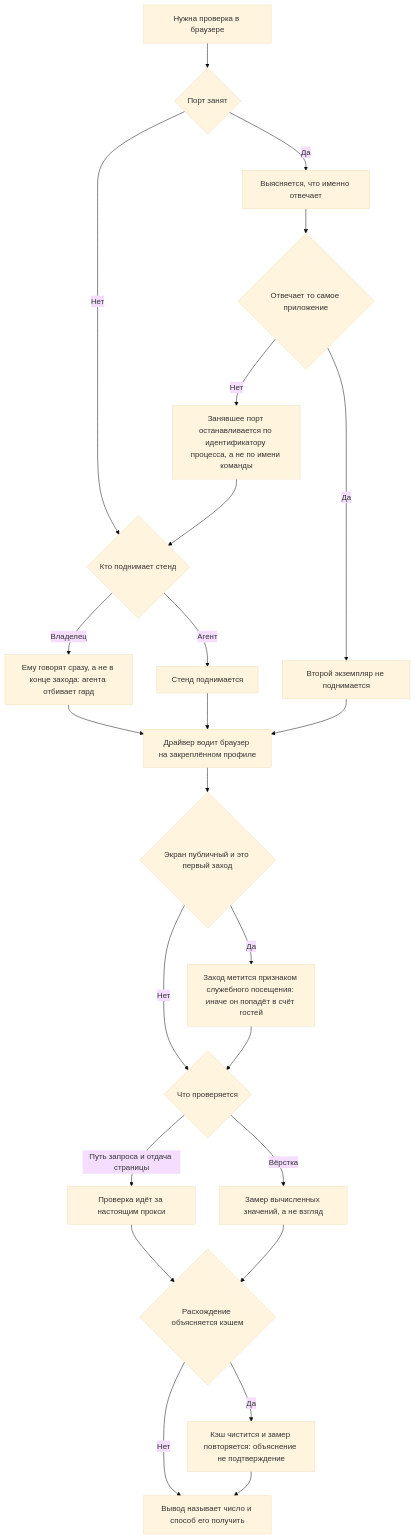
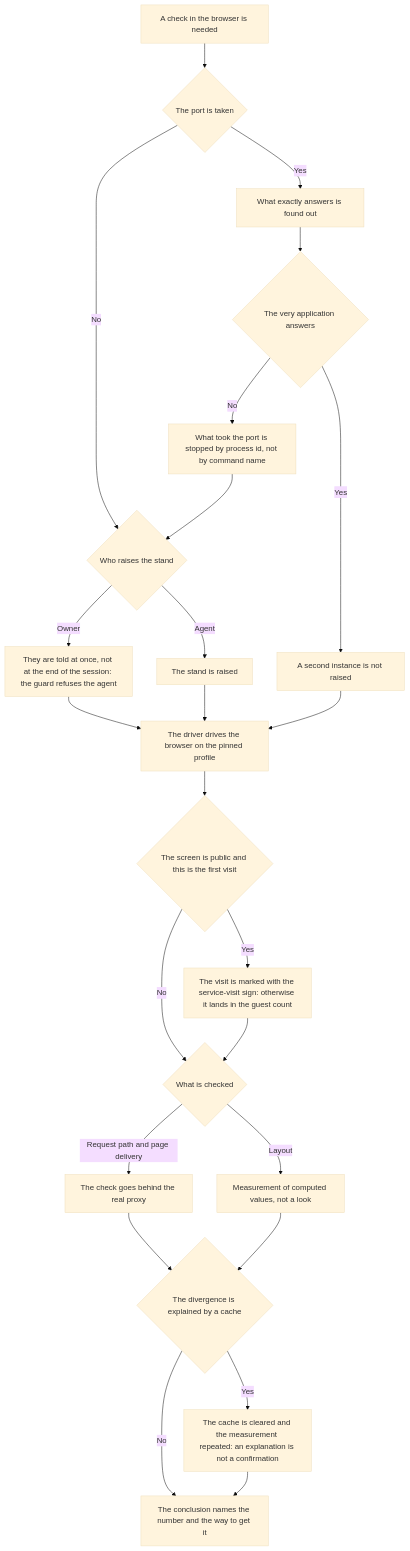
The diagram in .claude/skills/browser-verification/SKILL.md (Eyhenij/rt-tools), drawn with Mermaid (base theme) before and after one commit. The commit also changed other lines of this file and 71 other files, not shown here.

````diff
--- a/.claude/skills/browser-verification/SKILL.md
+++ b/.claude/skills/browser-verification/SKILL.md
@@ -35,26 +35,26 @@
 ```mermaid
 flowchart TD
-    A[Нужна проверка в браузере] --> B{Порт занят}
-    B -->|Да| C[Выясняется, что именно отвечает]
-    B -->|Нет| D{Кто поднимает стенд}
-    C --> E{Отвечает то самое приложение}
-    E -->|Да| F[Второй экземпляр не поднимается]
-    E -->|Нет| T[Занявшее порт останавливается по идентификатору процесса, а не по имени команды]
+    A[A check in the browser is needed] --> B{The port is taken}
+    B -->|Yes| C[What exactly answers is found out]
+    B -->|No| D{Who raises the stand}
+    C --> E{The very application answers}
+    E -->|Yes| F[A second instance is not raised]
+    E -->|No| T[What took the port is stopped by process id, not by command name]
     T --> D
-    D -->|Владелец| U[Ему говорят сразу, а не в конце захода: агента отбивает гард]
-    D -->|Агент| V[Стенд поднимается]
-    U --> G[Драйвер водит браузер на закреплённом профиле]
+    D -->|Owner| U[They are told at once, not at the end of the session: the guard refuses the agent]
+    D -->|Agent| V[The stand is raised]
+    U --> G[The driver drives the browser on the pinned profile]
     V --> G
     F --> G
-    G --> W{Экран публичный и это первый заход}
-    W -->|Да| X[Заход метится признаком служебного посещения: иначе он попадёт в счёт гостей]
-    W -->|Нет| H{Что проверяется}
+    G --> W{The screen is public and this is the first visit}
+    W -->|Yes| X[The visit is marked with the service-visit sign: otherwise it lands in the guest count]
+    W -->|No| H{What is checked}
     X --> H
-    H -->|Путь запроса и отдача страницы| I[Проверка идёт за настоящим прокси]
-    H -->|Вёрстка| J[Замер вычисленных значений, а не взгляд]
-    I --> K{Расхождение объясняется кэшем}
+    H -->|Request path and page delivery| I[The check goes behind the real proxy]
+    H -->|Layout| J[Measurement of computed values, not a look]
+    I --> K{The divergence is explained by a cache}
     J --> K
-    K -->|Да| L[Кэш чистится и замер повторяется: объяснение не подтверждение]
-    K -->|Нет| M[Вывод называет число и способ его получить]
+    K -->|Yes| L[The cache is cleared and the measurement repeated: an explanation is not a confirmation]
+    K -->|No| M[The conclusion names the number and the way to get it]
     L --> M
 ```
````
